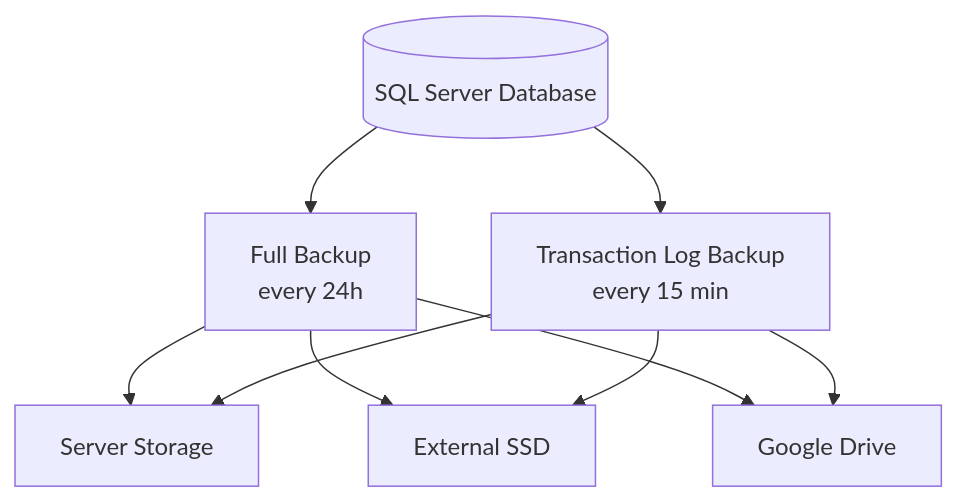
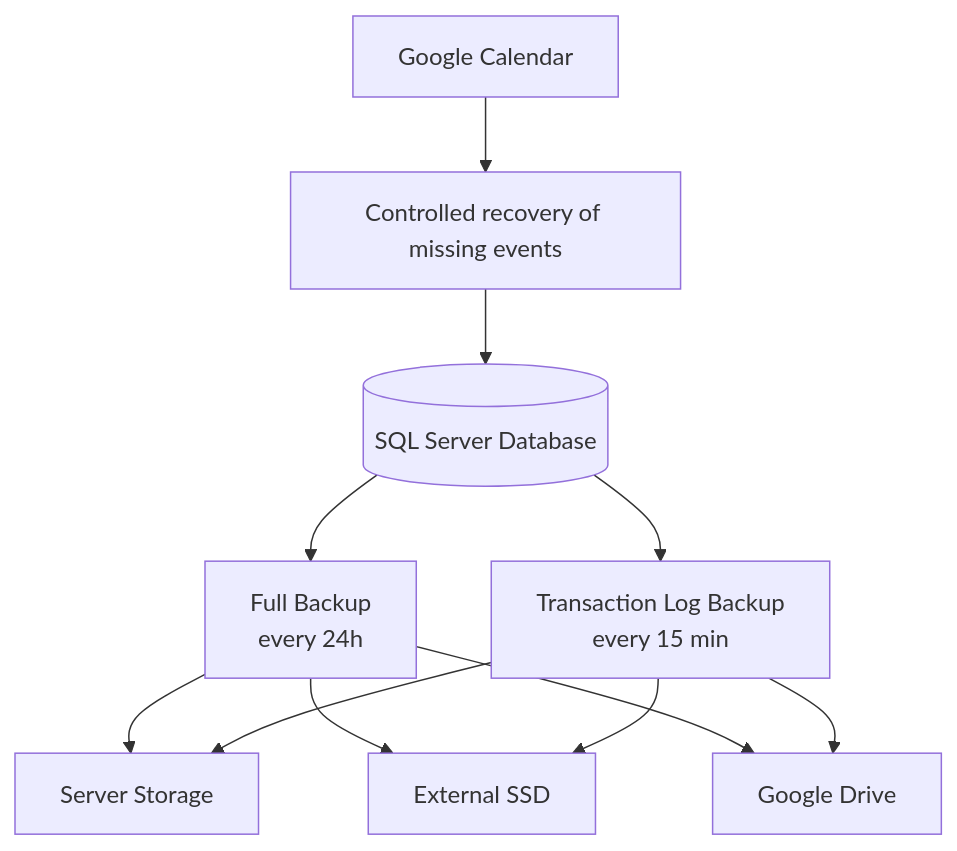
Before and after one commit to djole994/E-Raspored-docs: the second of 2 diagrams in README.md, drawn with Mermaid.

Commit message:
merma2131

````diff
--- a/README.md
+++ b/README.md
@@ -154,22 +154,28 @@
 ```mermaid
 flowchart TD
     DB[(SQL Server Database)]
 
     FB[Full Backup<br/>every 24h]
     LB[Transaction Log Backup<br/>every 15 min]
 
     S1[Server Storage]
     S2[External SSD]
     S3[Google Drive]
 
+    GCal[Google Calendar]
+    Recovery[Controlled recovery of missing events]
+
     DB --> FB
     DB --> LB
 
     FB --> S1
     FB --> S2
     FB --> S3
 
     LB --> S1
     LB --> S2
     LB --> S3
+
+    GCal --> Recovery
+    Recovery --> DB
 ```
````
